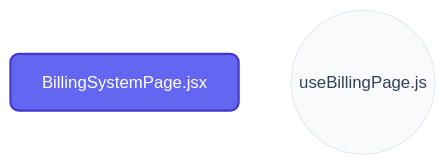
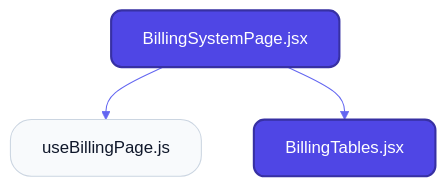
Before and after one commit to nexowebai/nexo-superadmin: the first of 2 diagrams in src/features/billing/README.md, drawn with Mermaid. The commit also changed other lines of this file and 15 other files, not shown here.

````diff
--- a/src/features/billing/README.md
+++ b/src/features/billing/README.md
@@ -25,10 +12,13 @@
 ```mermaid
-%%{init: {'theme': 'base', 'themeVariables': { 'primaryColor': '#6366f1', 'primaryTextColor': '#fff', 'primaryBorderColor': '#4338ca', 'lineColor': '#818cf8', 'secondaryColor': '#f8fafc', 'tertiaryColor': '#e2e8f0'}}}%%
+%%{init: {'theme': 'neutral', 'themeVariables': { 'fontFamily': 'Inter', 'lineColor': '#6366f1' }}}%%
 graph TD
-    classDef page fill:#6366f1,stroke:#4338ca,stroke-width:2px,color:#fff,rx:8,ry:8;
-    classDef hook fill:#f8fafc,stroke:#e2e8f0,stroke-width:1px,color:#334155,rx:20,ry:20;
-    classDef service fill:#1e293b,stroke:#0f172a,stroke-width:2px,color:#f8fafc,rx:4,ry:4;
+    classDef page fill:#4f46e5,stroke:#3730a3,stroke-width:2px,color:#fff,rx:10,ry:10;
+    classDef hook fill:#f8fafc,stroke:#cbd5e1,stroke-width:1px,color:#0f172a,rx:20,ry:20;
+    classDef service fill:#0f172a,stroke:#000,stroke-width:2px,color:#f1f5f9,rx:5,ry:5;
 
-    BillingSystemPage[BillingSystemPage.jsx]:::page
-    useBillingPage((useBillingPage.js)):::hook
+    BillingSystemPagejsx["BillingSystemPage.jsx"]:::page
+    useBillingPagejs["useBillingPage.js"]:::hook
+    BillingTablesjsx["BillingTables.jsx"]:::page
+    BillingSystemPagejsx --> useBillingPagejs
+    BillingSystemPagejsx --> BillingTablesjsx
 ```
````
